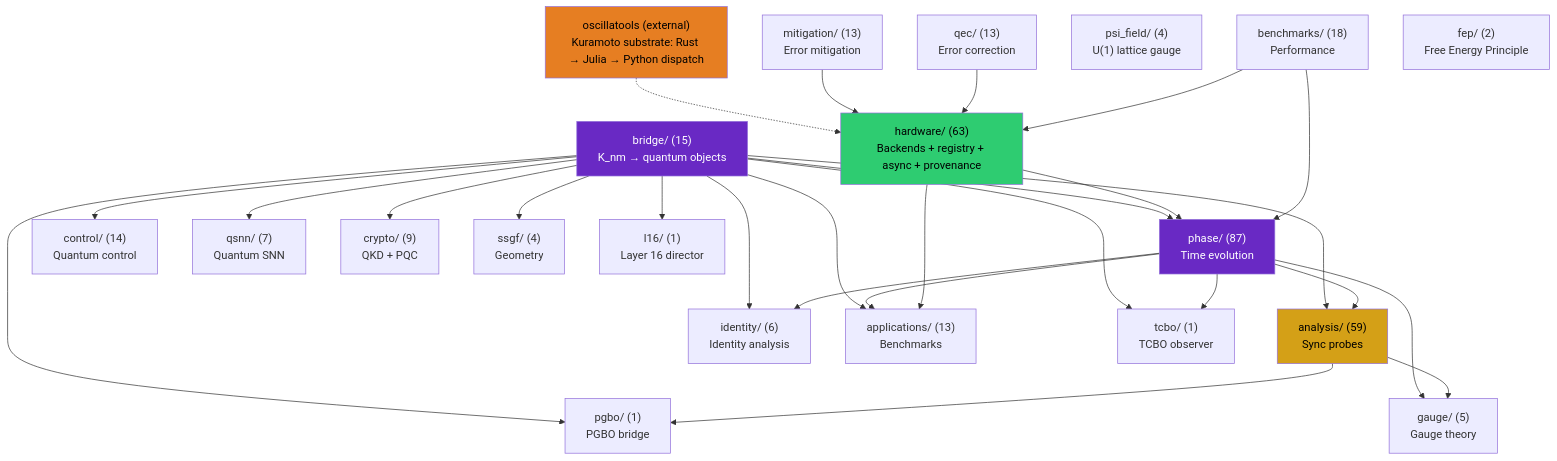
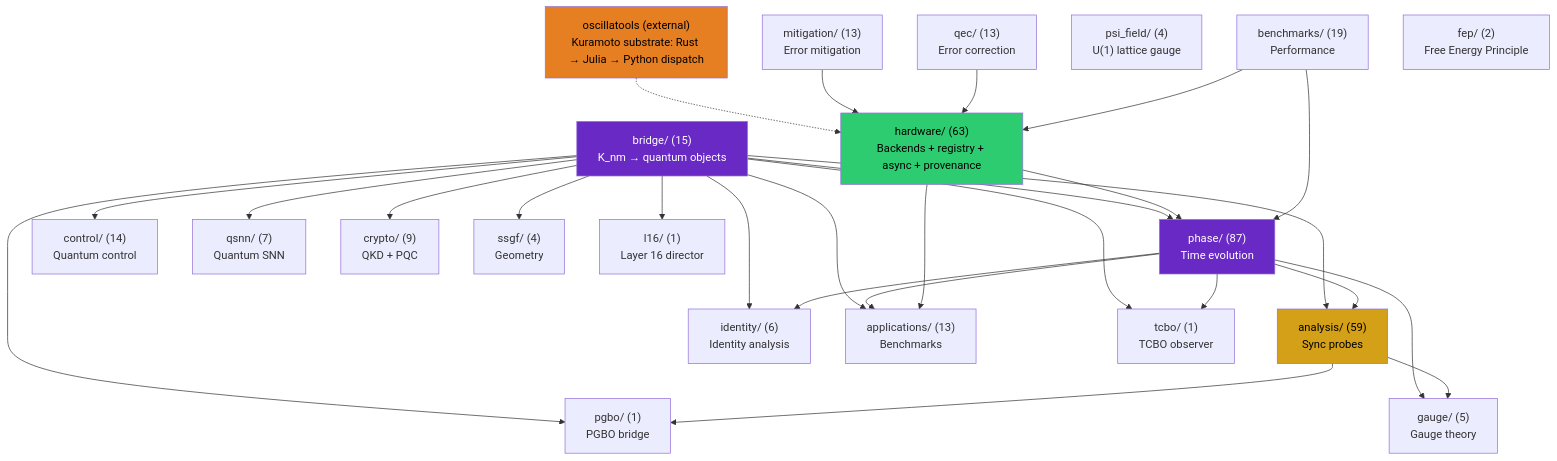
Before and after one commit to anulum/scpn-quantum-control: the first of 4 diagrams in docs/architecture.md, drawn with Mermaid. The commit also changed other lines of this file and 1 other file, not shown here.

````diff
--- a/docs/architecture.md
+++ b/docs/architecture.md
@@ -96,55 +96,55 @@
 ```mermaid
 graph TD
     bridge["bridge/ (15)\nK_nm → quantum objects"]
     phase["phase/ (87)\nTime evolution"]
     analysis["analysis/ (59)\nSync probes"]
     control["control/ (14)\nQuantum control"]
     qsnn["qsnn/ (7)\nQuantum SNN"]
     identity["identity/ (6)\nIdentity analysis"]
     hardware["hardware/ (63)\nBackends + registry + async + provenance"]
     mitigation["mitigation/ (13)\nError mitigation"]
     qec["qec/ (13)\nError correction"]
     gauge["gauge/ (5)\nGauge theory"]
     apps["applications/ (13)\nBenchmarks"]
     crypto["crypto/ (9)\nQKD + PQC"]
-    benchmarks["benchmarks/ (18)\nPerformance"]
+    benchmarks["benchmarks/ (19)\nPerformance"]
     ssgf["ssgf/ (4)\nGeometry"]
     psi_field["psi_field/ (4)\nU(1) lattice gauge"]
     oscillatools["oscillatools (external)\nKuramoto substrate: Rust → Julia → Python dispatch"]
     fep["fep/ (2)\nFree Energy Principle"]
     tcbo["tcbo/ (1)\nTCBO observer"]
     pgbo["pgbo/ (1)\nPGBO bridge"]
     l16["l16/ (1)\nLayer 16 director"]
 
     bridge --> phase
     bridge --> analysis
     bridge --> control
     bridge --> qsnn
     bridge --> identity
     bridge --> apps
     bridge --> crypto
     bridge --> ssgf
     phase --> analysis
     phase --> identity
     phase --> apps
     phase --> gauge
     analysis --> gauge
     hardware --> phase
     hardware --> apps
     oscillatools -.-> hardware
     mitigation --> hardware
     qec --> hardware
     benchmarks --> phase
     benchmarks --> hardware
     bridge --> tcbo
     bridge --> pgbo
     bridge --> l16
     phase --> tcbo
     analysis --> pgbo
 
     style bridge fill:#6929C4,color:#fff
     style analysis fill:#d4a017,color:#000
     style phase fill:#6929C4,color:#fff
     style hardware fill:#2ecc71,color:#000
     style oscillatools fill:#e67e22,color:#000
 ```
````
